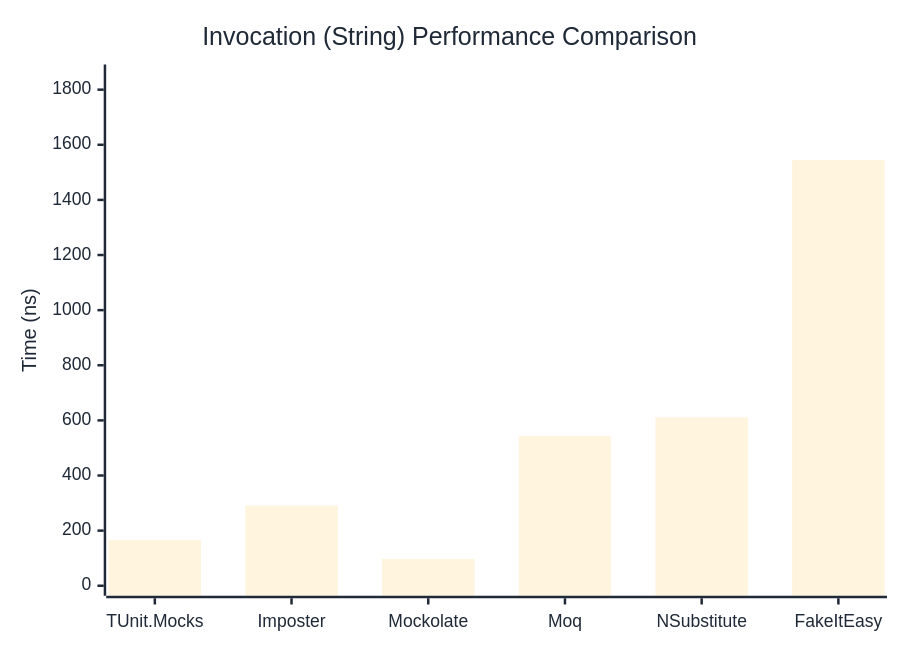
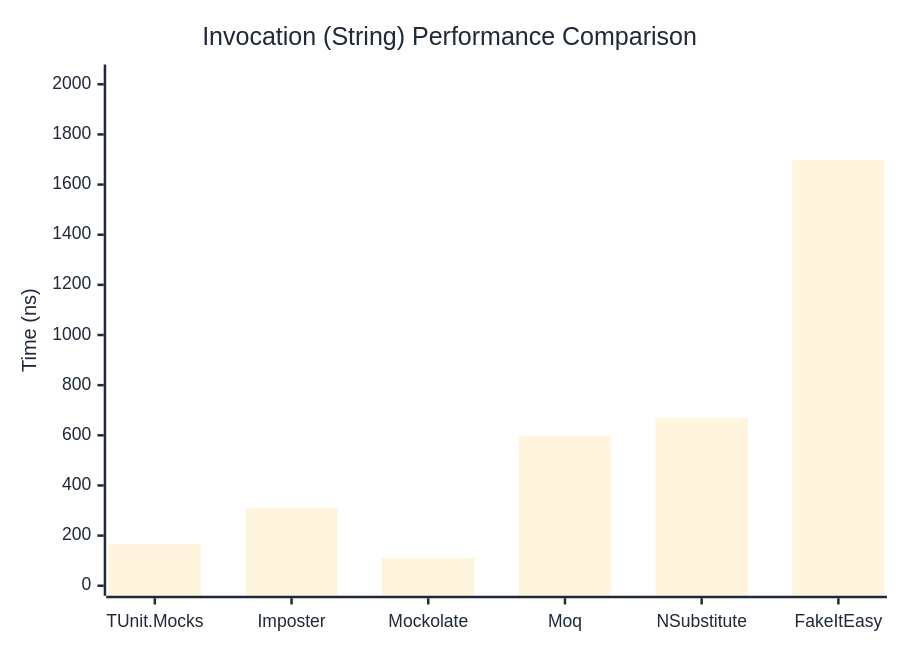
One commit to thomhurst/TUnit changed the second of 3 diagrams in docs/docs/benchmarks/mocks/Invocation.md. Above: the diagram before and after it, drawn with Mermaid. The commit also changed other lines of this file and 14 other files, not shown here.

````diff
--- a/docs/docs/benchmarks/mocks/Invocation.md
+++ b/docs/docs/benchmarks/mocks/Invocation.md
@@ -71,27 +71,27 @@
 ```mermaid
 %%{init: {
   'theme':'base',
   'themeVariables': {
     'primaryColor': '#2563eb',
     'primaryTextColor': '#1f2937',
     'primaryBorderColor': '#1e40af',
     'lineColor': '#6b7280',
     'secondaryColor': '#7c3aed',
     'tertiaryColor': '#dc2626',
     'background': '#ffffff',
     'pie1': '#2563eb',
     'pie2': '#7c3aed',
     'pie3': '#dc2626',
     'pie4': '#f59e0b',
     'pie5': '#10b981',
     'pie6': '#06b6d4',
     'pie7': '#ec4899',
     'pie8': '#6366f1'
   }
 }}%%
 xychart-beta
   title "Invocation (String) Performance Comparison"
   x-axis ["TUnit.Mocks", "Imposter", "Mockolate", "Moq", "NSubstitute", "FakeItEasy"]
-  y-axis "Time (ns)" 0 --> 1855
-  bar [166.51, 291.14, 97.53, 543.5, 610.89, 1545.2]
+  y-axis "Time (ns)" 0 --> 2039
+  bar [165.9, 309.1, 110.7, 596.6, 668.5, 1699]
 ```
````
